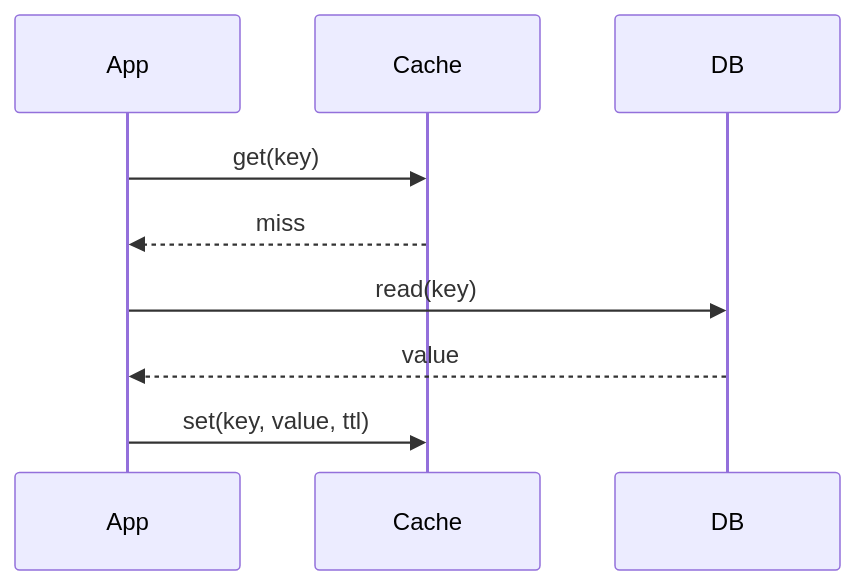
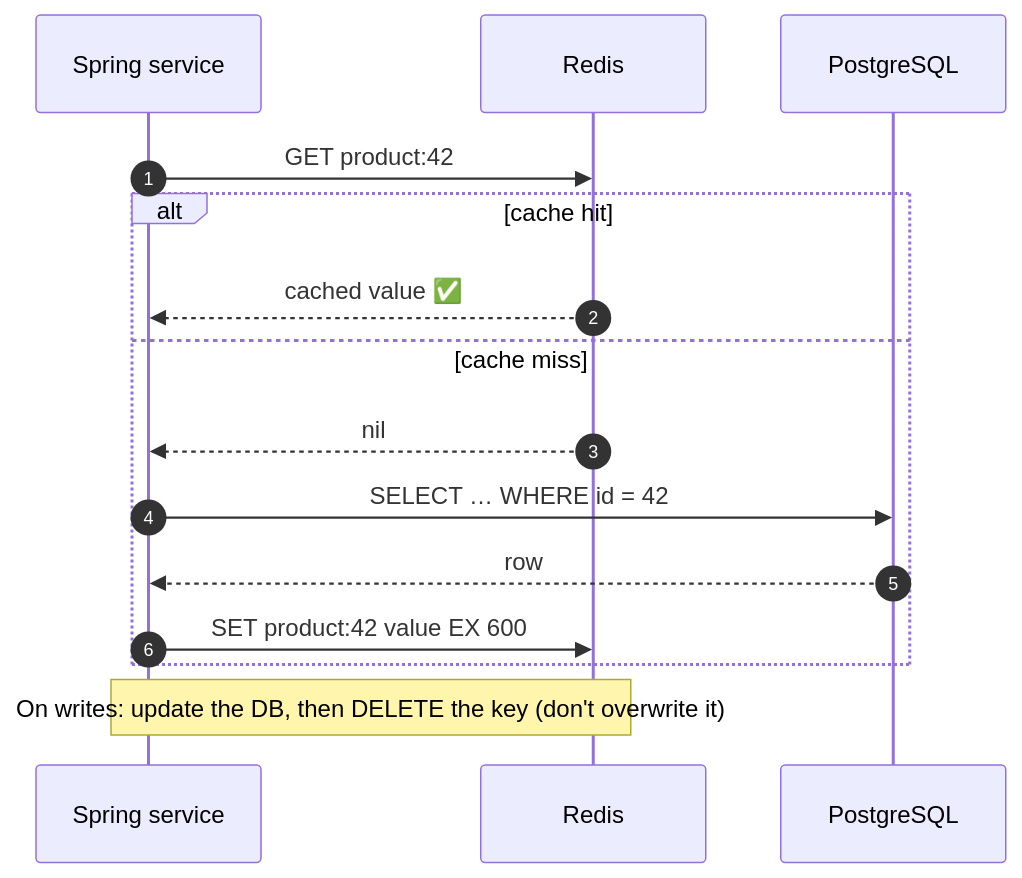
One commit to Sriram-Karthick-k/progress-tracker changed the third of 5 diagrams in content/notes/system-design/caching.md. Above: the diagram before and after it, drawn with Mermaid. The commit also changed other lines of this file and 20 other files, not shown here.

````diff
--- a/content/notes/system-design/caching.md
+++ b/content/notes/system-design/caching.md
@@ -5,8 +75,17 @@
 ```mermaid
 sequenceDiagram
-  App->>Cache: get(key)
-  Cache-->>App: miss
-  App->>DB: read(key)
-  DB-->>App: value
-  App->>Cache: set(key, value, ttl)
+    autonumber
+    participant S as Spring service
+    participant R as Redis
+    participant P as PostgreSQL
+    S->>R: GET product:42
+    alt cache hit
+        R-->>S: cached value ✅
+    else cache miss
+        R-->>S: nil
+        S->>P: SELECT … WHERE id = 42
+        P-->>S: row
+        S->>R: SET product:42 value EX 600
+    end
+    Note over S,R: On writes: update the DB, then DELETE the key (don't overwrite it)
 ```
````
